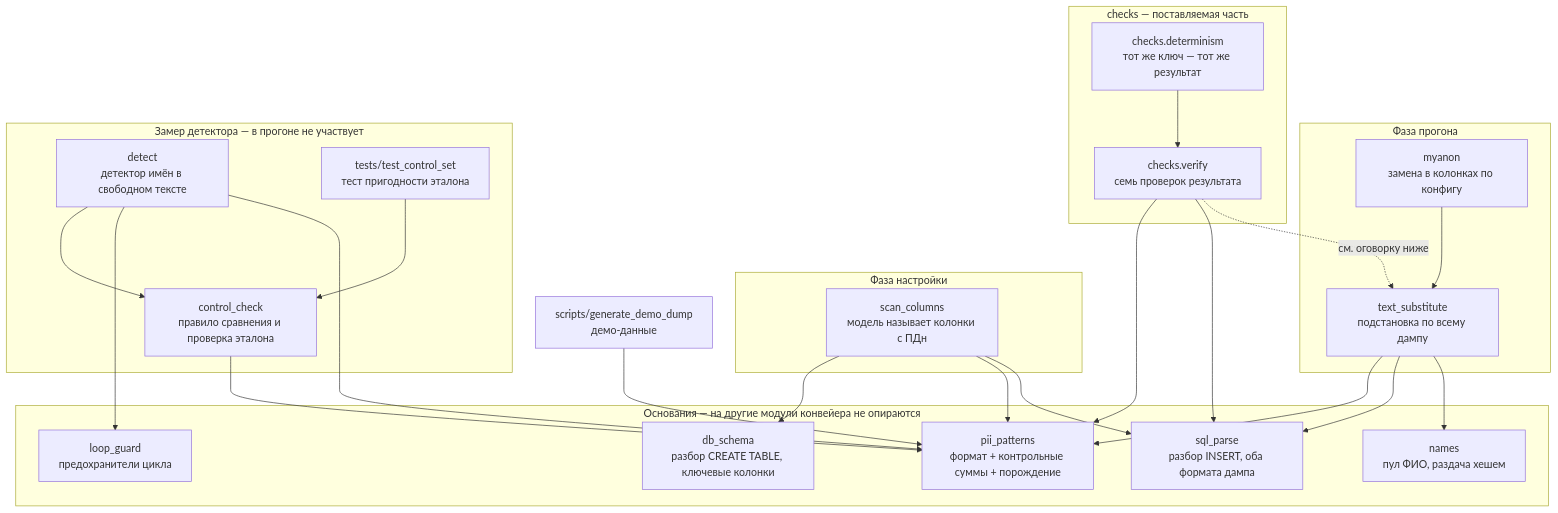
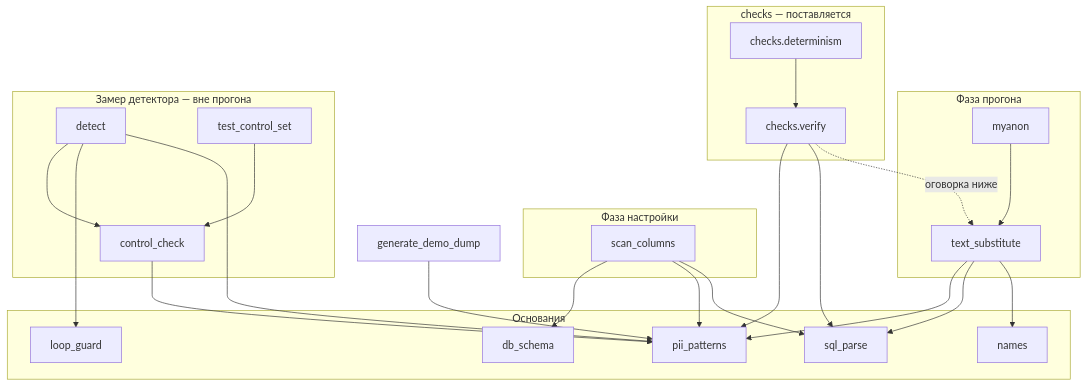
One commit to Andrey-Ostapenko/rusal-sanitizer changed the first of 2 diagrams in README.md. Above: the diagram before and after it, drawn with Mermaid. The commit also changed other lines of this file and 2 other files, not shown here.

First line of the commit message:
Читаемость README: один стиль схем, схемы без интерфейса, таблицы уже

````diff
--- a/README.md
+++ b/README.md
@@ -150,54 +157,53 @@
 ```mermaid
 graph TD
-    subgraph Основания["Основания — на другие модули конвейера не опираются"]
-        sql_parse["sql_parse<br/>разбор INSERT, оба формата дампа"]
-        db_schema["db_schema<br/>разбор CREATE TABLE, ключевые колонки"]
-        pii["pii_patterns<br/>формат + контрольные суммы + порождение"]
-        guard["loop_guard<br/>предохранители цикла"]
-        names["names<br/>пул ФИО, раздача хешем"]
+    subgraph Прогон["Фаза прогона"]
+        myanon["myanon"]
+        subst["text_substitute"]
+    end
+
+    subgraph Проверка["checks — поставляется"]
+        verify["checks.verify"]
+        determ["checks.determinism"]
     end
 
     subgraph Настройка["Фаза настройки"]
-        scan["scan_columns<br/>модель называет колонки с ПДн"]
+        scan["scan_columns"]
     end
 
-    subgraph Прогон["Фаза прогона"]
-        myanon["myanon<br/>замена в колонках по конфигу"]
-        subst["text_substitute<br/>подстановка по всему дампу"]
+    subgraph Замер["Замер детектора — вне прогона"]
+        detect["detect"]
+        control["control_check"]
+        test["test_control_set"]
     end
 
-    subgraph Проверка["checks — поставляемая часть"]
-        verify["checks.verify<br/>семь проверок результата"]
-        determ["checks.determinism<br/>тот же ключ — тот же результат"]
+    subgraph Основания["Основания"]
+        pii["pii_patterns"]
+        sql_parse["sql_parse"]
+        db_schema["db_schema"]
+        guard["loop_guard"]
+        names["names"]
     end
 
-    subgraph Замер["Замер детектора — в прогоне не участвует"]
-        control["control_check<br/>правило сравнения и проверка эталона"]
-        detect["detect<br/>детектор имён в свободном тексте"]
-        test["tests/test_control_set<br/>тест пригодности эталона"]
-    end
+    gen["generate_demo_dump"]
 
-    gen["scripts/generate_demo_dump<br/>демо-данные"]
-
-    scan --> db_schema
-    scan --> pii
-    scan --> sql_parse
-
+    myanon --> subst
     subst --> pii
     subst --> sql_parse
     subst --> names
 
     verify --> pii
     verify --> sql_parse
-    verify -.->|"см. оговорку ниже"| subst
+    verify -.->|"оговорка ниже"| subst
     determ --> verify
+
+    scan --> db_schema
+    scan --> pii
+    scan --> sql_parse
 
     detect --> control
     detect --> guard
     detect --> pii
+    test --> control
     control --> pii
-    test --> control
     gen --> pii
-
-    myanon --> subst
 ```
````
